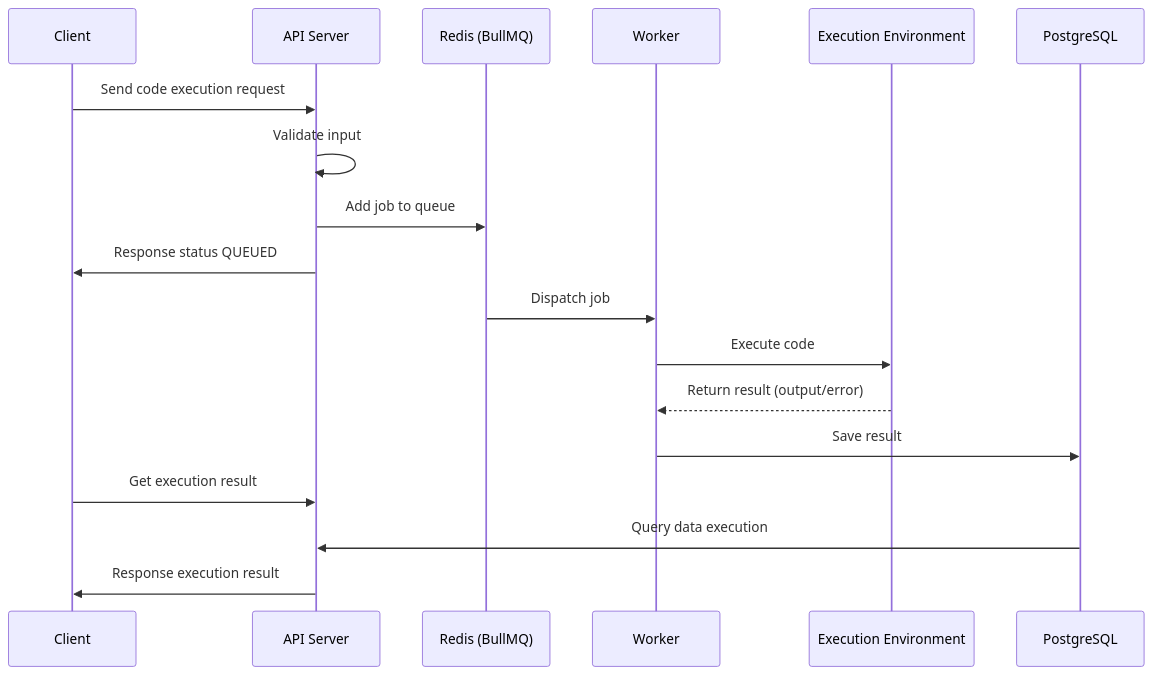
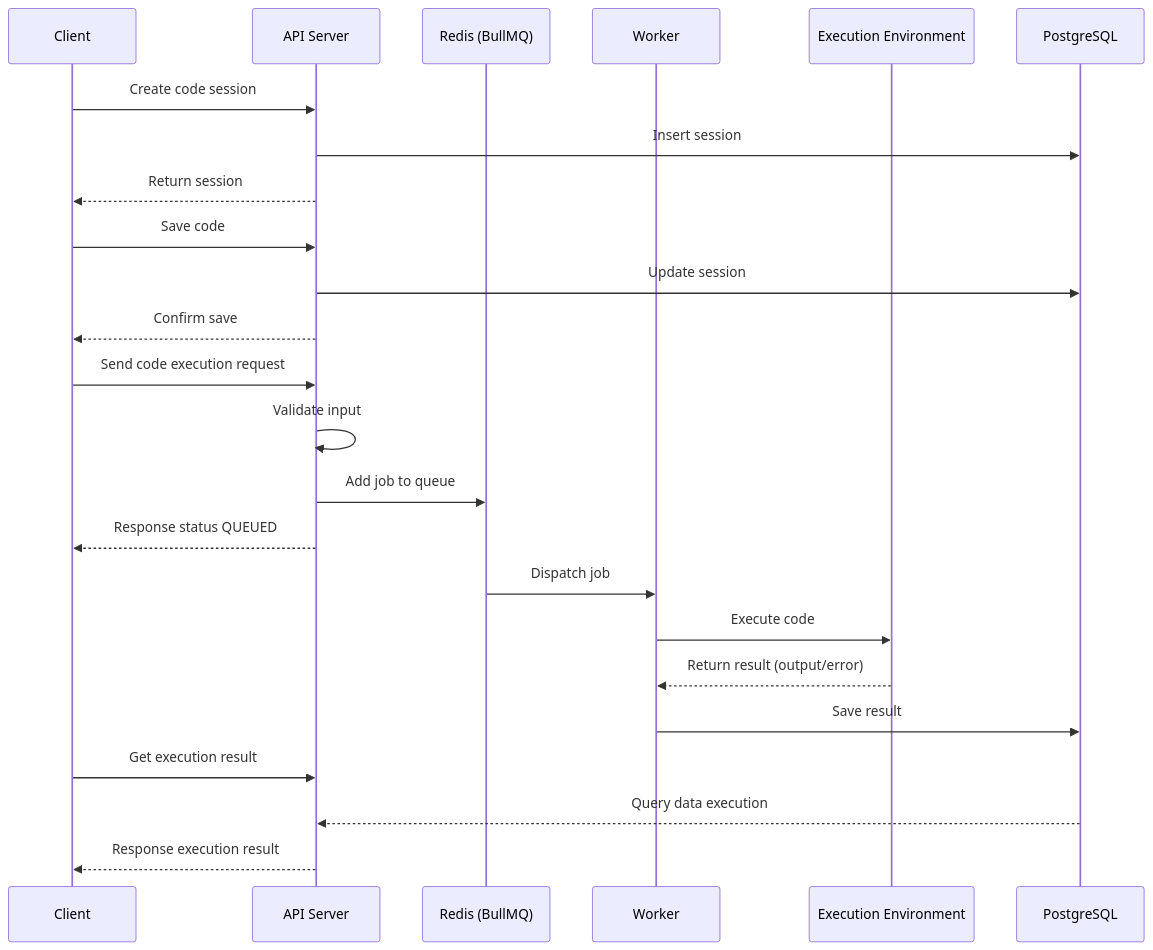
One commit to thlam05/Live-Coding-Execution changed the second of 2 diagrams in README.md. Above: the diagram before and after it, drawn with Mermaid. The commit also changed other lines of this file, not shown here.

First line of the commit message:
Enhance README with code session API details

````diff
--- a/README.md
+++ b/README.md
@@ -121,24 +121,32 @@
 ``` mermaid
 sequenceDiagram
     participant Client
     participant API as API Server
     participant Queue as Redis (BullMQ)
     participant Worker
     participant Exec as Execution Environment
     participant DB as PostgreSQL
 
+    Client->>API: Create code session
+    API->>DB: Insert session
+    API-->>Client: Return session
+
+    Client->>API: Save code
+    API->>DB: Update session
+    API-->>Client: Confirm save
+
     Client->>API: Send code execution request
     API->>API: Validate input
     API->>Queue: Add job to queue
-    API->>Client: Response status QUEUED
+    API-->>Client: Response status QUEUED
 
     Queue->>Worker: Dispatch job
     Worker->>Exec: Execute code
 
     Exec-->>Worker: Return result (output/error)
     Worker->>DB: Save result
 
     Client->>API: Get execution result
-    DB->>API: Query data execution
-    API->>Client: Response execution result
+    DB-->>API: Query data execution
+    API-->>Client: Response execution result
 ```
````
